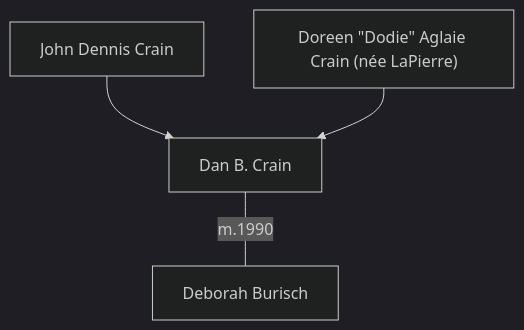
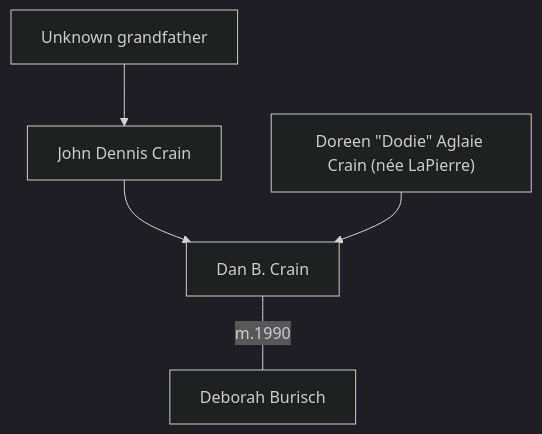
Before and after one commit to Black-Star-Institute/blackstar.github.io: the second of 2 diagrams in docs/people/burisch_dan.md, drawn with Mermaid (dark theme). The commit also changed other lines of this file and 25 other files, not shown here.

````diff
--- a/docs/people/burisch_dan.md
+++ b/docs/people/burisch_dan.md
@@ -62,6 +63,7 @@
 ```mermaid
 graph TD;
+  grandpa[Unknown grandfather] --> john
   john[John Dennis Crain] --> dan
   dodie["Doreen &quot;Dodie&quot; Aglaie Crain (née LaPierre)"] --> dan
   dan[Dan B. Crain] -- m.1990 --- deborah[Deborah Burisch]
 ```
````
